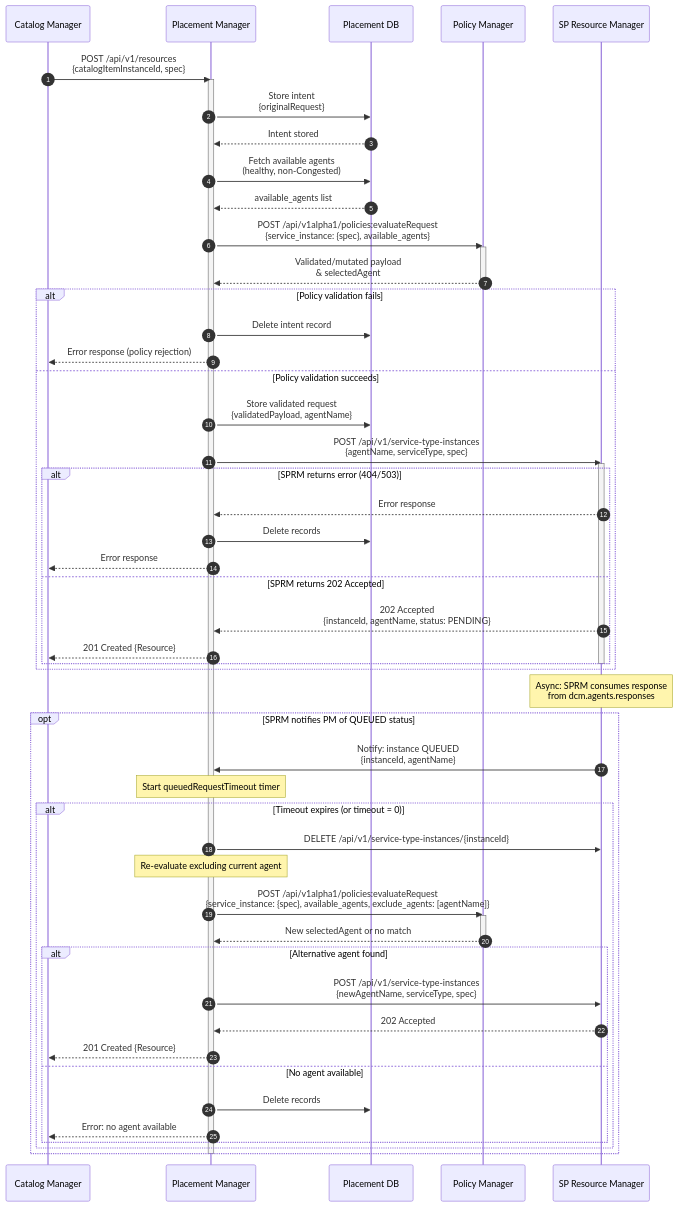
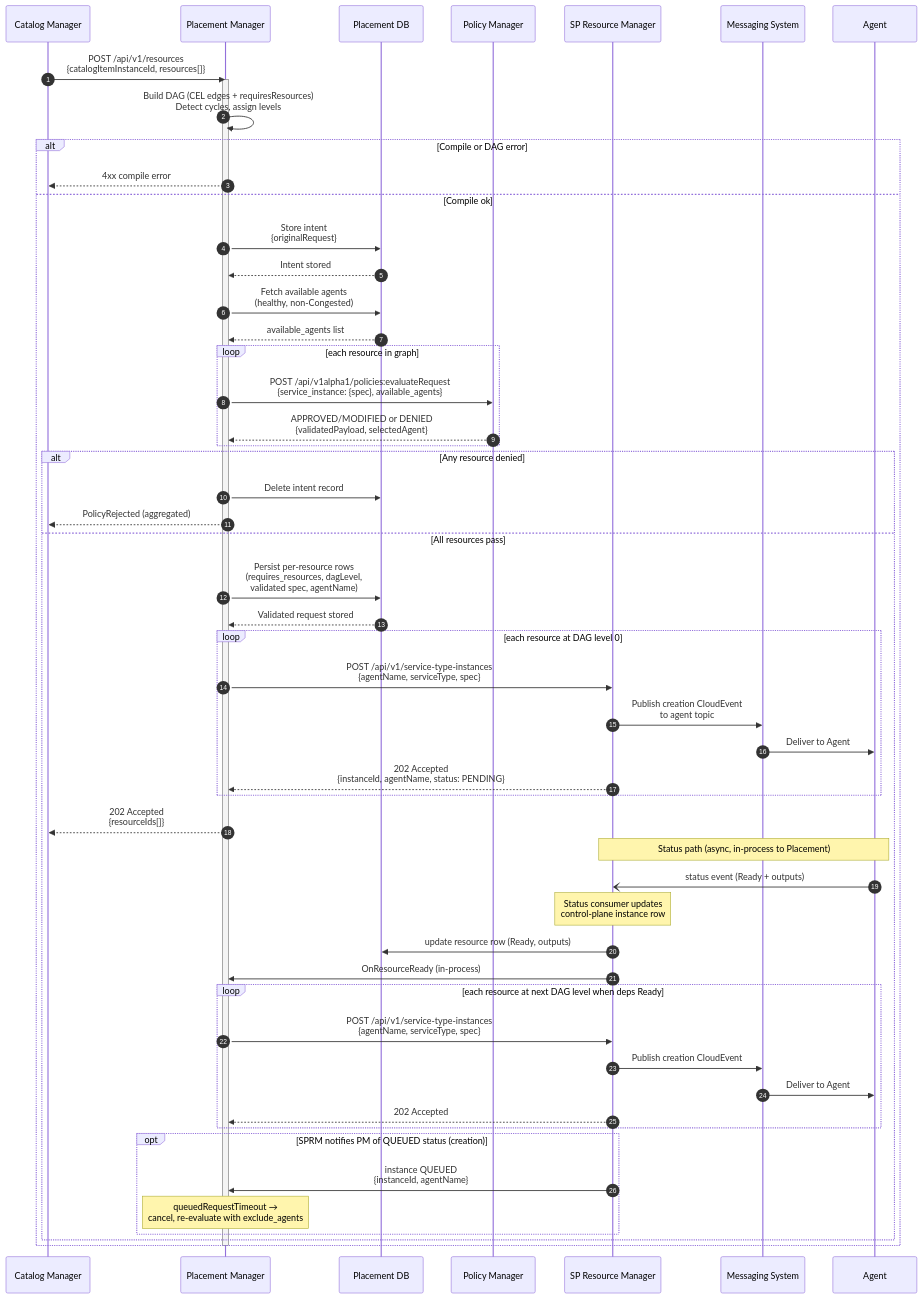
One commit to dcm-project/enhancements changed the second of 3 diagrams in enhancements/placement-manager/placement-manager.md. Above: the diagram before and after it, drawn with Mermaid. The commit also changed other lines of this file and 1 other file, not shown here.

Commit message:
Multi resource placement Assisted-By: Cursor AI

````diff
--- a/enhancements/placement-manager/placement-manager.md
+++ b/enhancements/placement-manager/placement-manager.md
@@ -330,73 +419,68 @@
 ```mermaid
 sequenceDiagram
     autonumber
     participant CM as Catalog Manager
     participant PM as Placement Manager
     participant DB as Placement DB
     participant PE as Policy Manager
     participant SPRM as SP Resource Manager
+    participant MS as Messaging System
+    participant AG as Agent
 
-    CM->>PM: POST /api/v1/resources<br/>{catalogItemInstanceId, spec}
+    CM->>PM: POST /api/v1/resources<br/>{catalogItemInstanceId, resources[]}
     activate PM
 
-    PM->>DB: Store intent<br/>{originalRequest}
-    DB-->>PM: Intent stored
+    PM->>PM: Build DAG (CEL edges + requiresResources)<br/>Detect cycles, assign levels
+    alt Compile or DAG error
+        PM-->>CM: 4xx compile error
+    else Compile ok
 
-    PM->>DB: Fetch available agents<br/>(healthy, non-Congested)
-    DB-->>PM: available_agents list
+        PM->>DB: Store intent<br/>{originalRequest}
+        DB-->>PM: Intent stored
 
-    PM->>PE: POST /api/v1alpha1/policies:evaluateRequest<br/>{service_instance: {spec}, available_agents}
-    activate PE
+        PM->>DB: Fetch available agents<br/>(healthy, non-Congested)
+        DB-->>PM: available_agents list
 
-    PE-->>PM: Validated/mutated payload<br/>& selectedAgent
-    deactivate PE
+        loop each resource in graph
+            PM->>PE: POST /api/v1alpha1/policies:evaluateRequest<br/>{service_instance: {spec}, available_agents}
+            PE-->>PM: APPROVED/MODIFIED or DENIED<br/>{validatedPayload, selectedAgent}
+        end
 
-    alt Policy validation fails
-        PM->>DB: Delete intent record
-        PM-->>CM: Error response (policy rejection)
-    else Policy validation succeeds
+        alt Any resource denied
+            PM->>DB: Delete intent record
+            PM-->>CM: PolicyRejected (aggregated)
+        else All resources pass
 
-        PM->>DB: Store validated request<br/>{validatedPayload, agentName}
+            PM->>DB: Persist per-resource rows<br/>(requires_resources, dagLevel,<br/> validated spec, agentName)
+            DB-->>PM: Validated request stored
 
-        PM->>SPRM: POST /api/v1/service-type-instances<br/>{agentName, serviceType, spec}
-        activate SPRM
+            loop each resource at DAG level 0
+                PM->>SPRM: POST /api/v1/service-type-instances<br/>{agentName, serviceType, spec}
+                SPRM->>MS: Publish creation CloudEvent<br/>to agent topic
+                MS->>AG: Deliver to Agent
+                SPRM-->>PM: 202 Accepted<br/>{instanceId, agentName, status: PENDING}
+            end
 
-        alt SPRM returns error (404/503)
-            SPRM-->>PM: Error response
-            PM->>DB: Delete records
-            PM-->>CM: Error response
+            PM-->>CM: 202 Accepted<br/>{resourceIds[]}
 
-        else SPRM returns 202 Accepted
-            SPRM-->>PM: 202 Accepted<br/>{instanceId, agentName, status: PENDING}
-            PM-->>CM: 201 Created {Resource}
-        end
-        deactivate SPRM
-    end
+            Note over AG,SPRM: Status path (async, in-process to Placement)
+            AG-)SPRM: status event (Ready + outputs)
+            Note over SPRM: Status consumer updates<br/>control-plane instance row
+            SPRM->>DB: update resource row (Ready, outputs)
+            SPRM->>PM: OnResourceReady (in-process)
 
-    Note over SPRM: Async: SPRM consumes response<br/>from dcm.agents.responses
+            loop each resource at next DAG level when deps Ready
+                PM->>SPRM: POST /api/v1/service-type-instances<br/>{agentName, serviceType, spec}
+                SPRM->>MS: Publish creation CloudEvent
+                MS->>AG: Deliver to Agent
+                SPRM-->>PM: 202 Accepted
+            end
 
-    opt SPRM notifies PM of QUEUED status
-        SPRM->>PM: Notify: instance QUEUED<br/>{instanceId, agentName}
-        Note over PM: Start queuedRequestTimeout timer
-
-        alt Timeout expires (or timeout = 0)
-            PM->>SPRM: DELETE /api/v1/service-type-instances/{instanceId}
-            Note over PM: Re-evaluate excluding current agent
-
-            PM->>PE: POST /api/v1alpha1/policies:evaluateRequest<br/>{service_instance: {spec}, available_agents, exclude_agents: [agentName]}
-            activate PE
-            PE-->>PM: New selectedAgent or no match
-            deactivate PE
-
-            alt Alternative agent found
-                PM->>SPRM: POST /api/v1/service-type-instances<br/>{newAgentName, serviceType, spec}
-                SPRM-->>PM: 202 Accepted
-                PM-->>CM: 201 Created {Resource}
-            else No agent available
-                PM->>DB: Delete records
-                PM-->>CM: Error: no agent available
+            opt SPRM notifies PM of QUEUED status (creation)
+                SPRM->>PM: instance QUEUED<br/>{instanceId, agentName}
+                Note over PM: queuedRequestTimeout →<br/>cancel, re-evaluate with exclude_agents
             end
         end
     end
     deactivate PM
 ```
````
